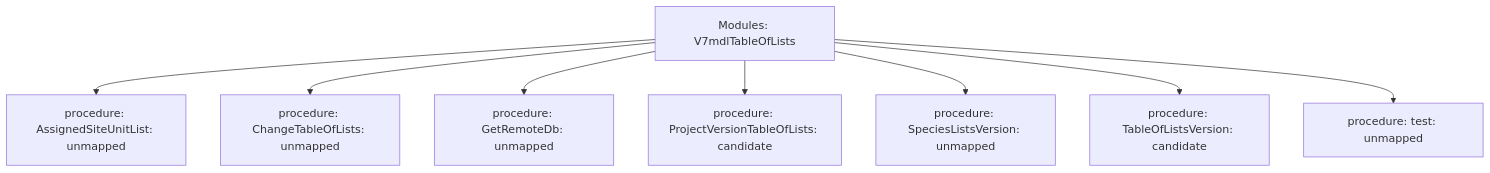
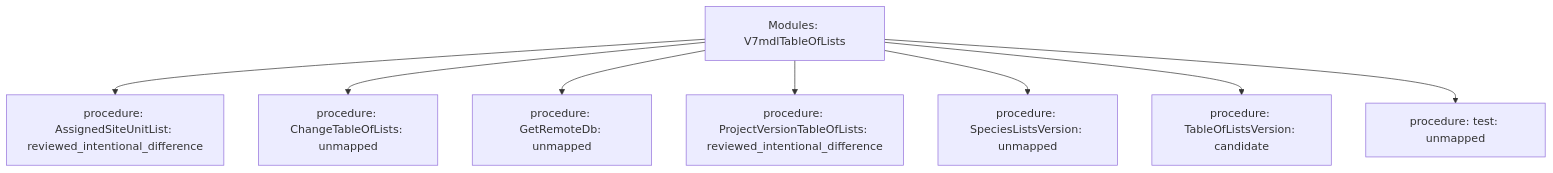
One commit to Boostao/vpro changed the diagram in data-raw/parity/generated/trees/modules-v7mdltableoflists.mmd. Above: the diagram before and after it, drawn with Mermaid. The commit also changed 43 other files, not shown here.

```diff
--- a/data-raw/parity/generated/trees/modules-v7mdltableoflists.mmd
+++ b/data-raw/parity/generated/trees/modules-v7mdltableoflists.mmd
@@ -1,9 +1,9 @@
 flowchart TD
   root[Modules: V7mdlTableOfLists]
-  root --> n1[procedure: AssignedSiteUnitList: unmapped]
+  root --> n1[procedure: AssignedSiteUnitList: reviewed_intentional_difference]
   root --> n2[procedure: ChangeTableOfLists: unmapped]
   root --> n3[procedure: GetRemoteDb: unmapped]
-  root --> n4[procedure: ProjectVersionTableOfLists: candidate]
+  root --> n4[procedure: ProjectVersionTableOfLists: reviewed_intentional_difference]
   root --> n5[procedure: SpeciesListsVersion: unmapped]
   root --> n6[procedure: TableOfListsVersion: candidate]
   root --> n7[procedure: test: unmapped]
```
